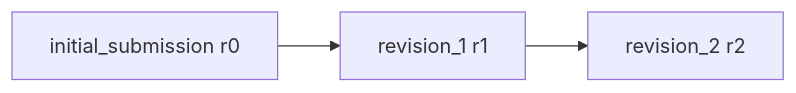
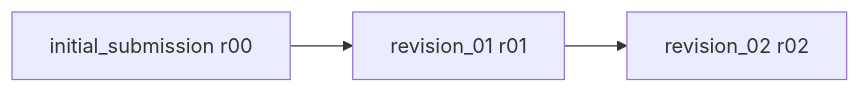
The third of 5 diagrams in README.md (cigit-zgy/sci-manuscript-skill), drawn with Mermaid before and after one commit. The commit also changed other lines of this file and 15 other files, not shown here.

````diff
--- a/README.md
+++ b/README.md
@@ -475,5 +482,5 @@
 ```mermaid
 flowchart LR
-    R0[initial_submission r0] --> R1[revision_1 r1]
-    R1 --> R2[revision_2 r2]
+    R0[initial_submission r00] --> R1[revision_01 r01]
+    R1 --> R2[revision_02 r02]
 ```
````
